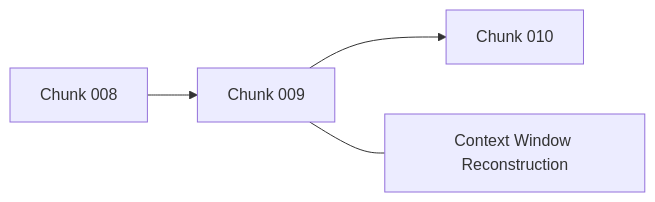
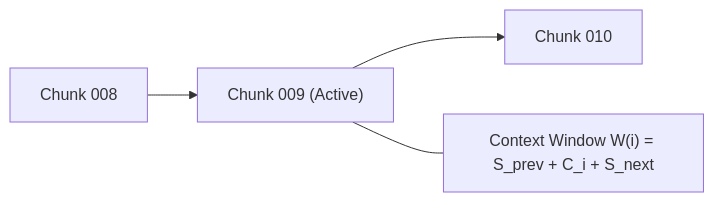
Before and after one commit to vanshksingh/Thread-RAG: the fifth of 19 diagrams in README.md, drawn with Mermaid. The commit also changed other lines of this file, not shown here.

First line of the commit message:
Revise THREAD-RAG architecture details in README

````diff
--- a/README.md
+++ b/README.md
@@ -113,6 +119,6 @@
 ```mermaid
 flowchart LR
-Chunk8[Chunk 008] --> Chunk9[Chunk 009]
+Chunk8[Chunk 008] --> Chunk9["Chunk 009 (Active)"]
 Chunk9 --> Chunk10[Chunk 010]
-Chunk9 --- Window[Context Window Reconstruction]
+Chunk9 --- Window["Context Window W(i) = S_prev + C_i + S_next"]
 ```
````
